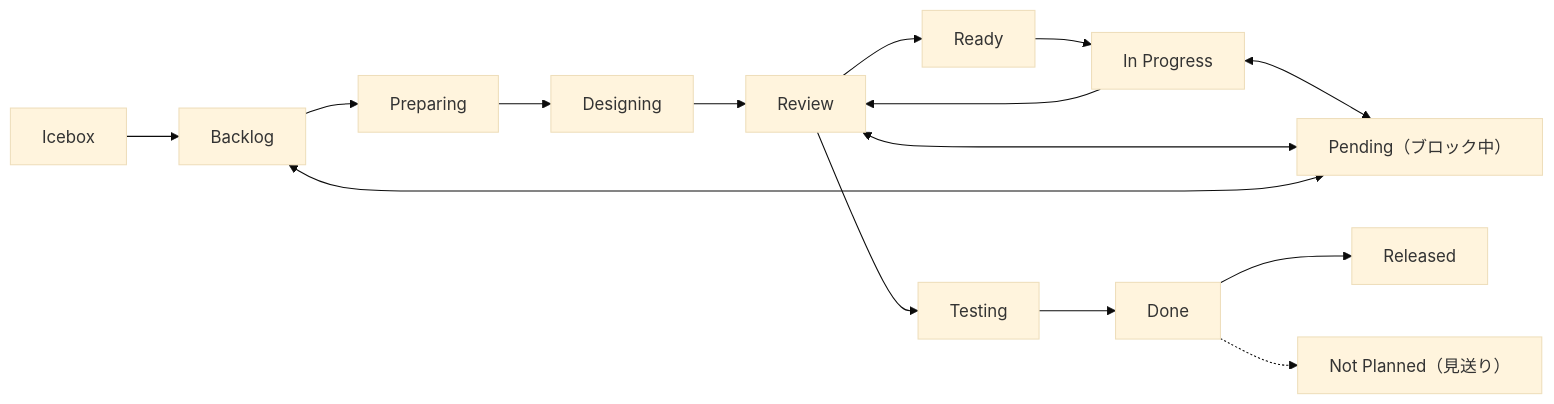
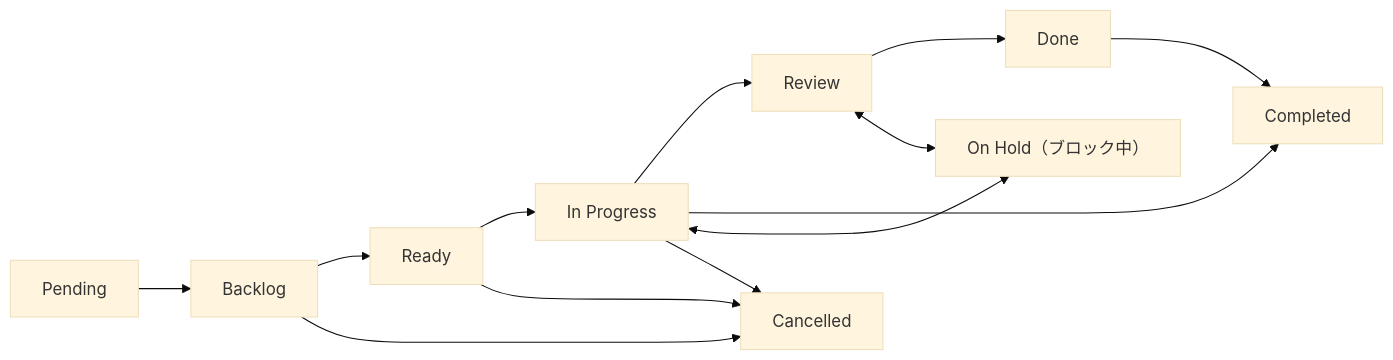
One commit to ShirokumaLibrary/shirokuma-plugins changed the diagram in shirokuma-skills-ja/rules/github/project-items.md. Above: the diagram before and after it, drawn with Mermaid (base theme). The commit also changed other lines of this file and 59 other files, not shown here.

````diff
--- a/shirokuma-skills-ja/rules/github/project-items.md
+++ b/shirokuma-skills-ja/rules/github/project-items.md
@@ -20,9 +20,12 @@
 ```mermaid
 graph LR
-  Icebox --> Backlog --> Preparing --> Designing --> Review
-  Review --> Ready --> InProgress[In Progress] --> Review --> Testing --> Done --> Released
-  InProgress <--> Pending["Pending（ブロック中）"]
-  Review <--> Pending
-  Backlog <--> Pending
-  Done -.-> NotPlanned["Not Planned（見送り）"]
+  Pending2[Pending] --> Backlog --> Ready --> InProgress[In Progress]
+  InProgress --> Review --> Done
+  InProgress --> Completed
+  InProgress <--> OnHold["On Hold（ブロック中）"]
+  Review <--> OnHold
+  Backlog --> Cancelled
+  Ready --> Cancelled
+  InProgress --> Cancelled
+  Done --> Completed
 ```
````
